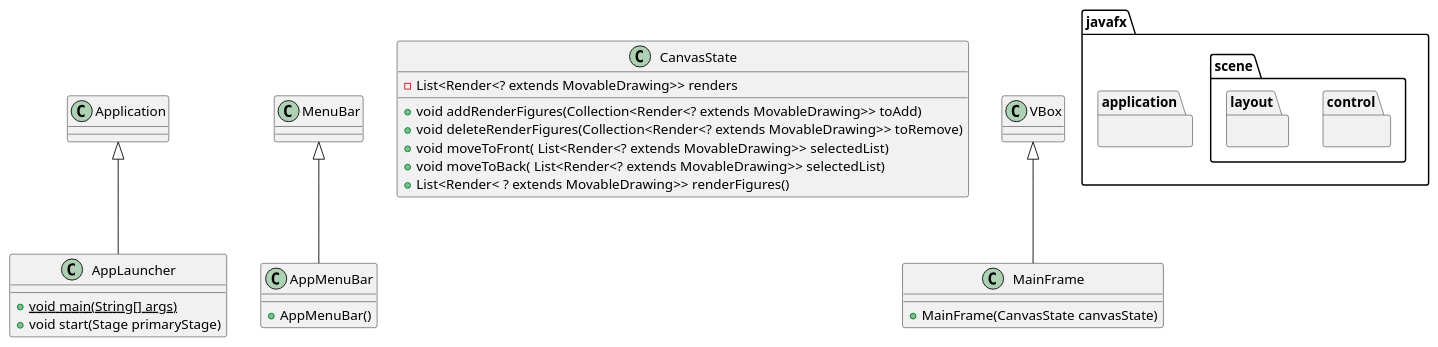
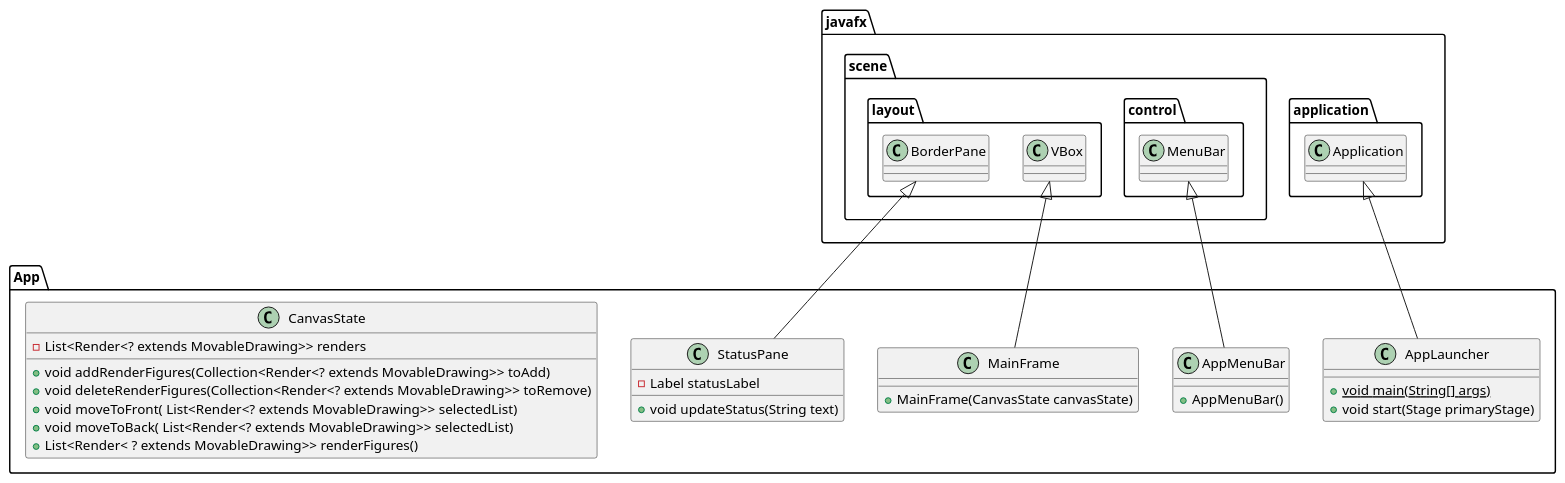
Before and after one commit to camilaDiToro/PAINT-TP-FINAL-POO: the diagram in src/main/java/frontend/UML's/Application.puml, drawn with PlantUML. The commit also changed 10 other files, not shown here.

```diff
--- a/src/main/java/frontend/UML's/Application.puml
+++ b/src/main/java/frontend/UML's/Application.puml
@@ -1,40 +1,55 @@
 @startuml
 'https://plantuml.com/class-diagram
 
+package javafx.application {
+   class Application
+}
+
+package javafx.scene.control {
+    class MenuBar
+}
+
+package javafx.scene.layout {
+     class VBox
+     class BorderPane
+}
+
+package App{
 class AppLauncher {
    +{static} void main(String[] args)
    +void start(Stage primaryStage)
 }
 
-package javafx.application {
-   .Application <|-- AppLauncher
-}
+Application <|-- AppLauncher
+MenuBar <|-- AppMenuBar
+VBox <|-- MainFrame
+BorderPane <|-- StatusPane
 
 class AppMenuBar {
     +AppMenuBar()
 }
 
-package javafx.scene.control {
-    .MenuBar <|-- AppMenuBar
+
+class StatusPane{
+  -Label statusLabel
+  +void updateStatus(String text)
 }
 
 class CanvasState {
 
     - List<Render<? extends MovableDrawing>> renders
 
     + void addRenderFigures(Collection<Render<? extends MovableDrawing>> toAdd)
     + void deleteRenderFigures(Collection<Render<? extends MovableDrawing>> toRemove)
     + void moveToFront( List<Render<? extends MovableDrawing>> selectedList)
     + void moveToBack( List<Render<? extends MovableDrawing>> selectedList)
     + List<Render< ? extends MovableDrawing>> renderFigures()
 }
 
 class MainFrame {
 
     +MainFrame(CanvasState canvasState)
 }
-package javafx.scene.layout {
-    .VBox <|-- MainFrame
+
 }
-
 @enduml
```
